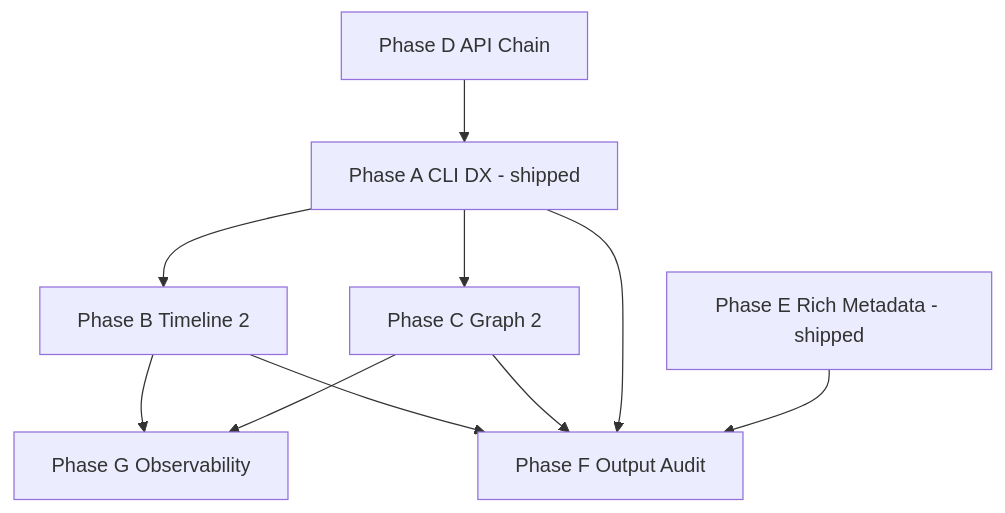
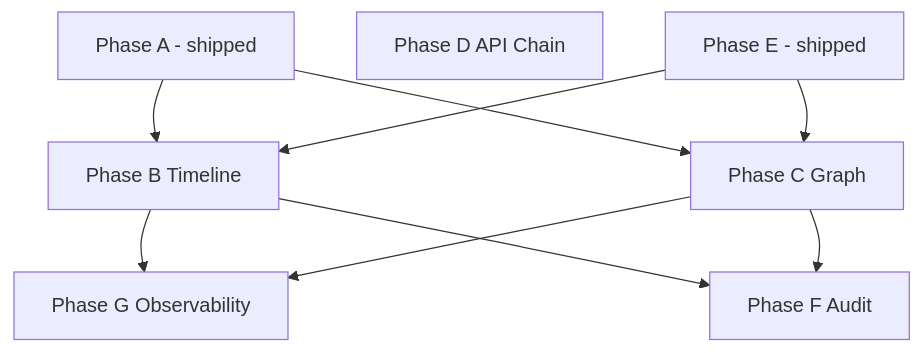
One commit to zamdevio/expgov changed the diagram in maintainer/phases/observability-roadmap.md. Above: the diagram before and after it, drawn with Mermaid. The commit also changed other lines of this file and 16 other files, not shown here.

First line of the commit message:
feat(timeline): add per-step diff metadata and fold B1–B3 docs (Phase B3)

````diff
--- a/maintainer/phases/observability-roadmap.md
+++ b/maintainer/phases/observability-roadmap.md
@@ -69,20 +50,19 @@
 ```mermaid
 flowchart TD
-  A[Phase A CLI DX - shipped]
-  B[Phase B Timeline 2]
-  C[Phase C Graph 2]
+  A[Phase A - shipped]
+  B[Phase B Timeline]
+  C[Phase C Graph]
   D[Phase D API Chain]
-  E[Phase E Rich Metadata - shipped]
-  F[Phase F Output Audit]
+  E[Phase E - shipped]
+  F[Phase F Audit]
   G[Phase G Observability]
 
   A --> B
   A --> C
+  B --> G
+  C --> G
+  E --> B
+  E --> C
   B --> F
   C --> F
-  D --> A
-  A --> F
-  E --> F
-  B --> G
-  C --> G
 ```
````
